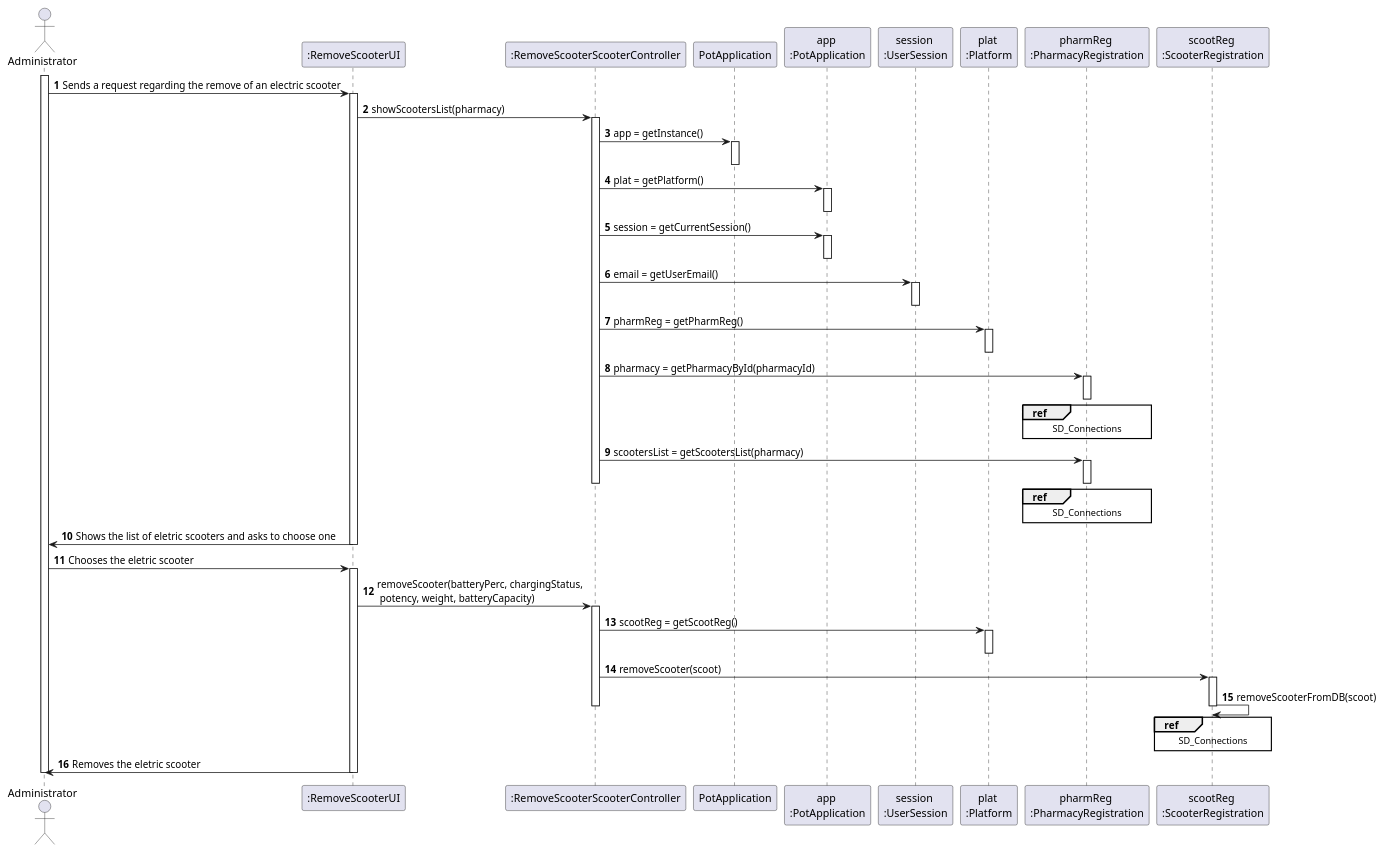
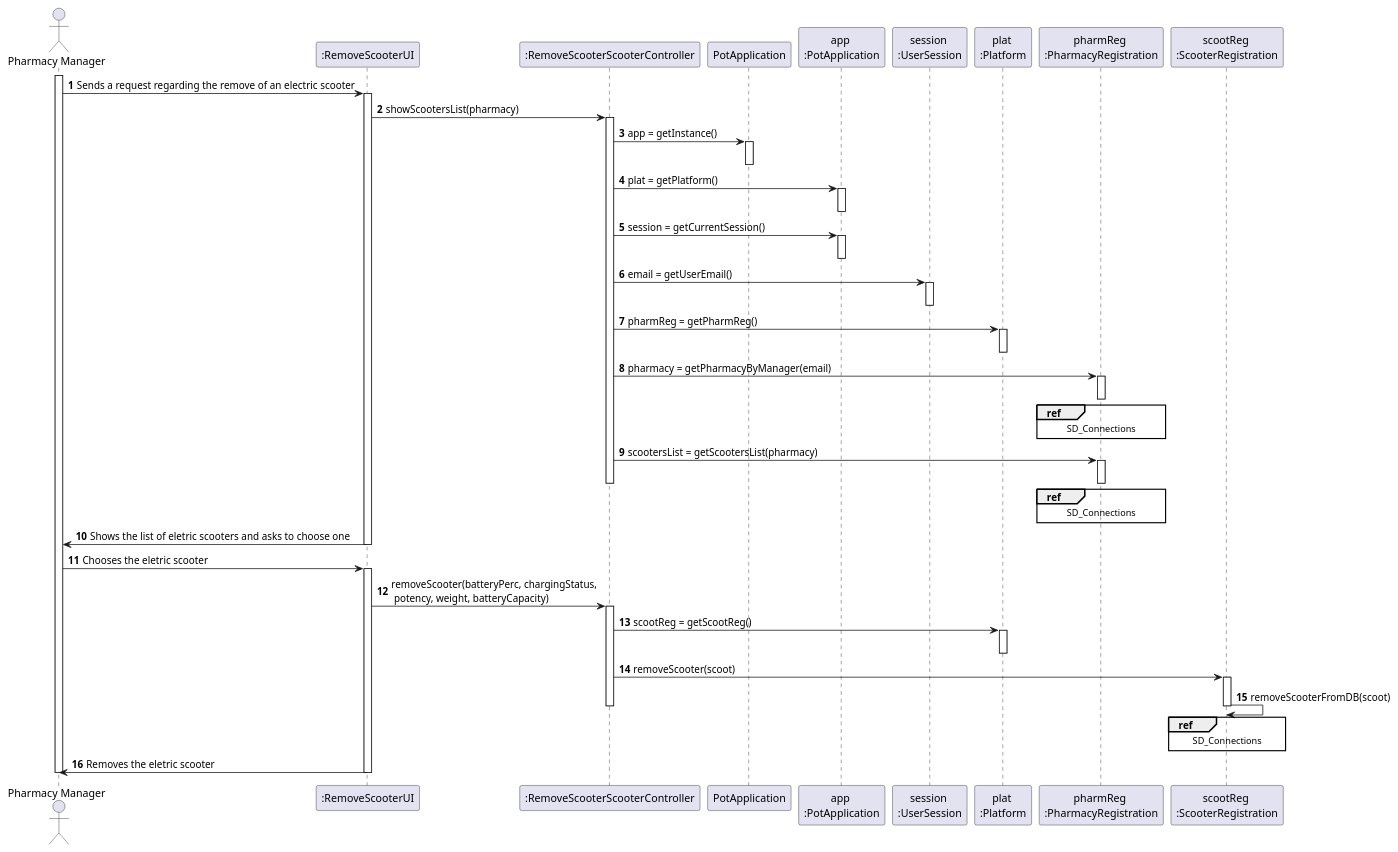
One commit to tiagoavcosta25/LAPR3 changed the diagram in docs/Iteration 1/Scooter Management/US22_RemoveScooter/US22_SD.puml. Above: the diagram before and after it, drawn with PlantUML. The commit also changed 7 other files, not shown here.

```diff
--- a/docs/Iteration 1/Scooter Management/US22_RemoveScooter/US22_SD.puml
+++ b/docs/Iteration 1/Scooter Management/US22_RemoveScooter/US22_SD.puml
@@ -1,74 +1,74 @@
 @startuml
 autonumber
-actor "Administrator" as ADMIN
+actor "Pharmacy Manager" as PHARMAN
 
 participant ":RemoveScooterUI" as UI
 participant ":RemoveScooterScooterController" as CTRL
 participant "PotApplication" as PA
 participant "app \n:PotApplication" as APA
 participant "session \n:UserSession" as US
 participant "plat \n:Platform" as PLAT
 participant "pharmReg \n:PharmacyRegistration" as PH
 participant "scootReg \n:ScooterRegistration" as RS
 
 
 
-activate ADMIN
+activate PHARMAN
 
-ADMIN -> UI : Sends a request regarding the remove of an electric scooter
+PHARMAN -> UI : Sends a request regarding the remove of an electric scooter
 activate UI
 UI -> CTRL : showScootersList(pharmacy)
 activate CTRL
 CTRL -> PA : app = getInstance()
 activate PA
 deactivate PA
 CTRL -> APA : plat = getPlatform()
 activate APA
 deactivate APA
 CTRL -> APA : session = getCurrentSession()
 activate APA
 deactivate APA
 CTRL -> US : email = getUserEmail()
 activate US
 deactivate US
 CTRL -> PLAT : pharmReg = getPharmReg()
 activate PLAT
 deactivate PLAT
-CTRL -> PH : pharmacy = getPharmacyById(pharmacyId)
+CTRL -> PH : pharmacy = getPharmacyByManager(email)
 activate PH
 ref over PH
 SD_Connections
 end ref
 deactivate PH
 CTRL -> PH : scootersList = getScootersList(pharmacy)
 activate PH
 ref over PH
 SD_Connections
 end ref
 deactivate PH
 deactivate CTRL
-UI -> ADMIN : Shows the list of eletric scooters and asks to choose one
+UI -> PHARMAN : Shows the list of eletric scooters and asks to choose one
 deactivate UI
 
-ADMIN -> UI : Chooses the eletric scooter
+PHARMAN -> UI : Chooses the eletric scooter
 activate UI
 UI -> CTRL : removeScooter(batteryPerc, chargingStatus,\n potency, weight, batteryCapacity)
 activate CTRL
 CTRL -> PLAT : scootReg = getScootReg()
 activate PLAT
 deactivate PLAT
 CTRL -> RS : removeScooter(scoot)
 activate RS
 RS -> RS : removeScooterFromDB(scoot)
 ref over RS
 SD_Connections
 end ref
 deactivate RS
 deactivate CTRL
-UI -> ADMIN : Removes the eletric scooter
+UI -> PHARMAN : Removes the eletric scooter
 
 deactivate UI
 
-deactivate ADMIN
+deactivate PHARMAN
 
 @enduml
```
